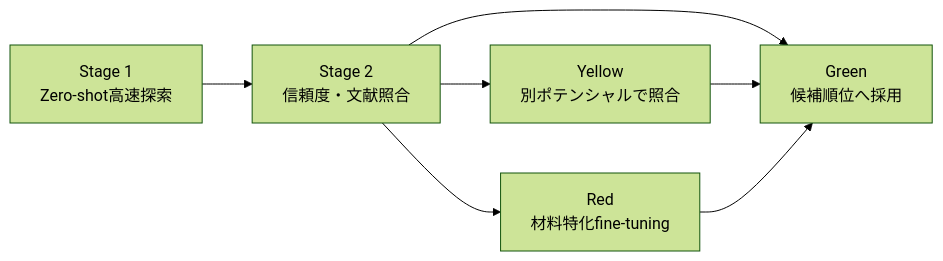
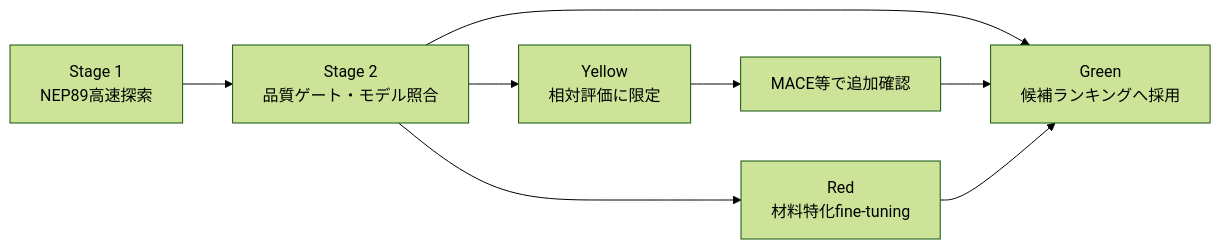
The fourth of 5 diagrams in docs/presentations/pretrained_potential_screening_proposal_7min_ja.md (Long-Brian-Yang/li-research), drawn with Mermaid (forest theme) before and after one commit. The commit also changed other lines of this file, not shown here.

````diff
--- a/docs/presentations/pretrained_potential_screening_proposal_7min_ja.md
+++ b/docs/presentations/pretrained_potential_screening_proposal_7min_ja.md
@@ -271,9 +273,10 @@
 ```mermaid
 flowchart LR
-    A[Stage 1<br/>Zero-shot高速探索] --> B[Stage 2<br/>信頼度・文献照合]
-    B --> C[Green<br/>候補順位へ採用]
-    B --> D[Yellow<br/>別ポテンシャルで照合]
+    A[Stage 1<br/>NEP89高速探索] --> B[Stage 2<br/>品質ゲート・モデル照合]
+    B --> C[Green<br/>候補ランキングへ採用]
+    B --> D[Yellow<br/>相対評価に限定]
     B --> E[Red<br/>材料特化fine-tuning]
-    D --> C
+    D --> F[MACE等で追加確認]
+    F --> C
     E --> C
 ```
````
